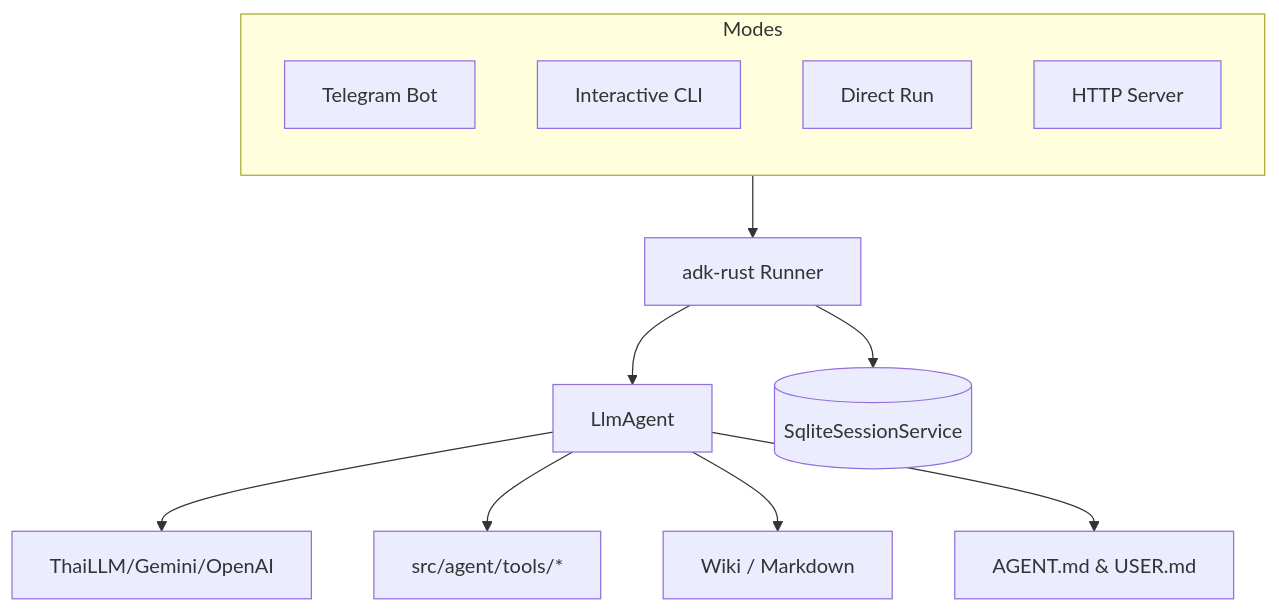
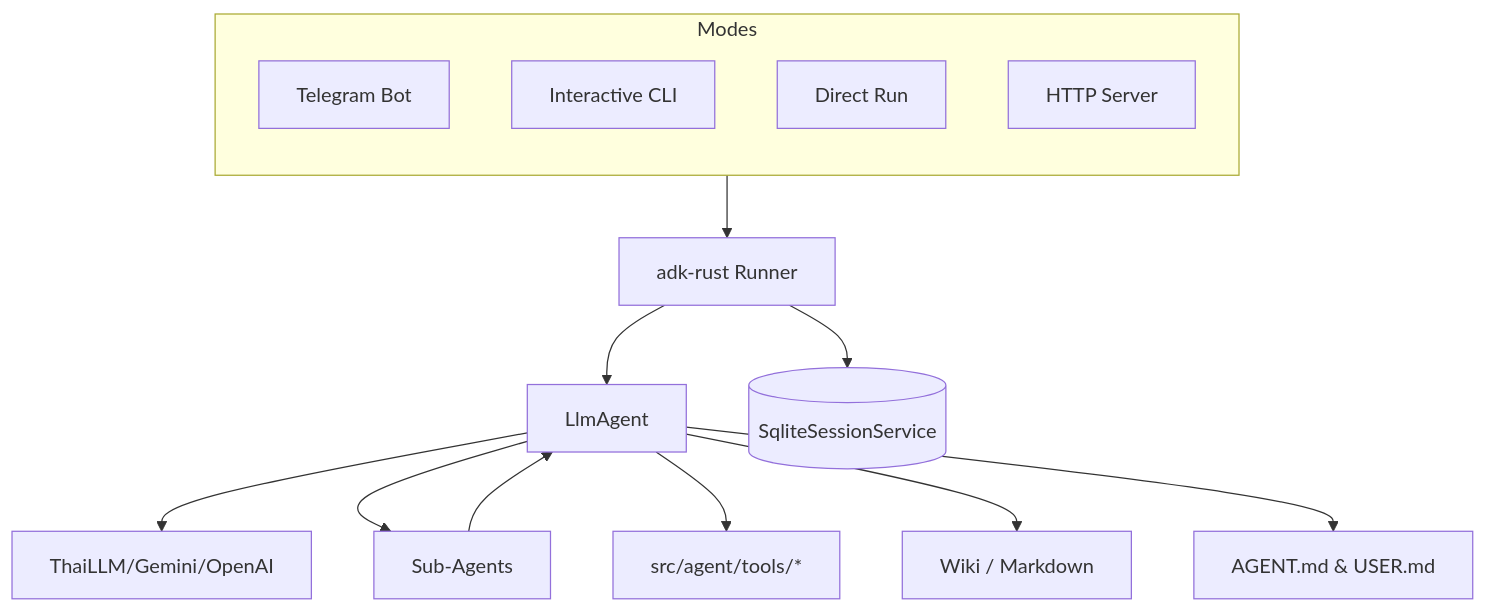
One commit to anoochit/telegram_bot changed the diagram in README.md. Above: the diagram before and after it, drawn with Mermaid. The commit also changed other lines of this file, not shown here.

Commit message:
docs: add sub-agent support to README

````diff
--- a/README.md
+++ b/README.md
@@ -60,20 +61,23 @@
 ```mermaid
 graph TD
     subgraph EntryPoints [Modes]
         direction TB
         Bot[Telegram Bot]
         CLI[Interactive CLI]
         Run[Direct Run]
         Server[HTTP Server]
     end
 
     EntryPoints --> Runner[adk-rust Runner]
     
     Runner --> Agent[LlmAgent]
     Runner --> DB[(SqliteSessionService)]
     
     Agent --> LLM[ThaiLLM/Gemini/OpenAI]
+    Agent --> SubAgents[Sub-Agents]
     Agent --> Tools[src/agent/tools/*]
     Agent --> Wiki[Wiki / Markdown]
     Agent --> Persona[AGENT.md & USER.md]
+    
+    SubAgents --> Agent
 ```
````
